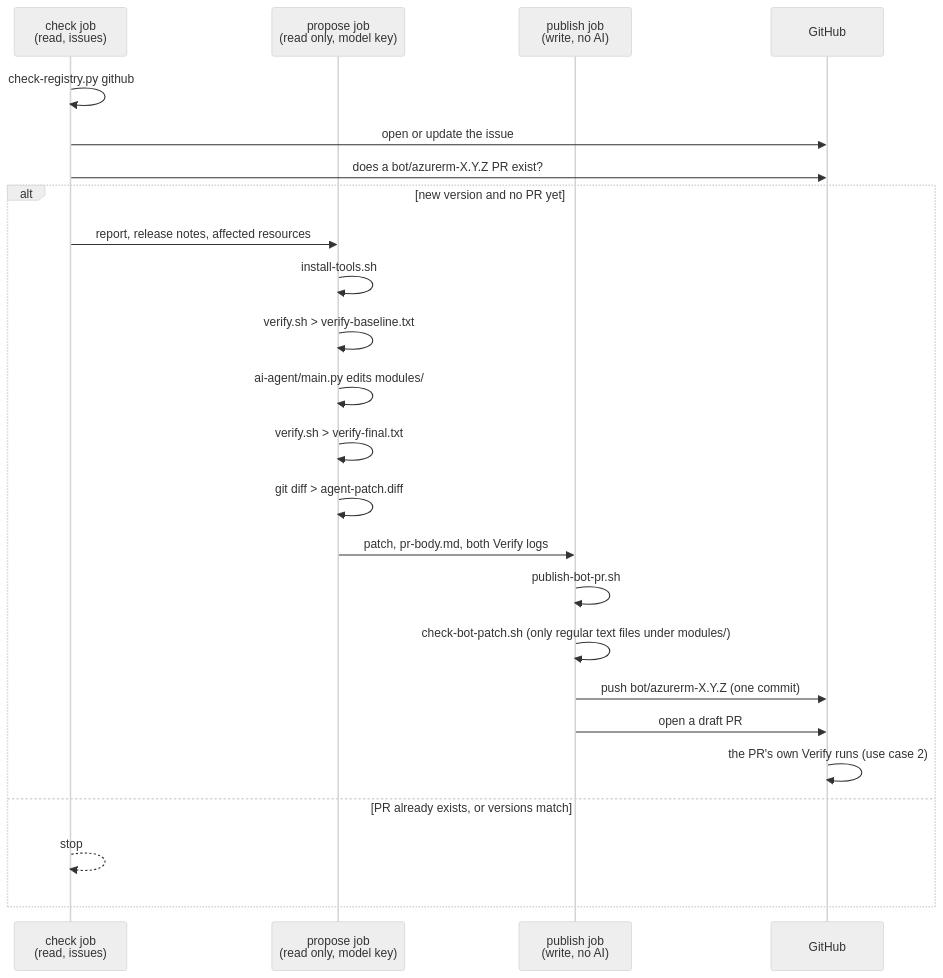
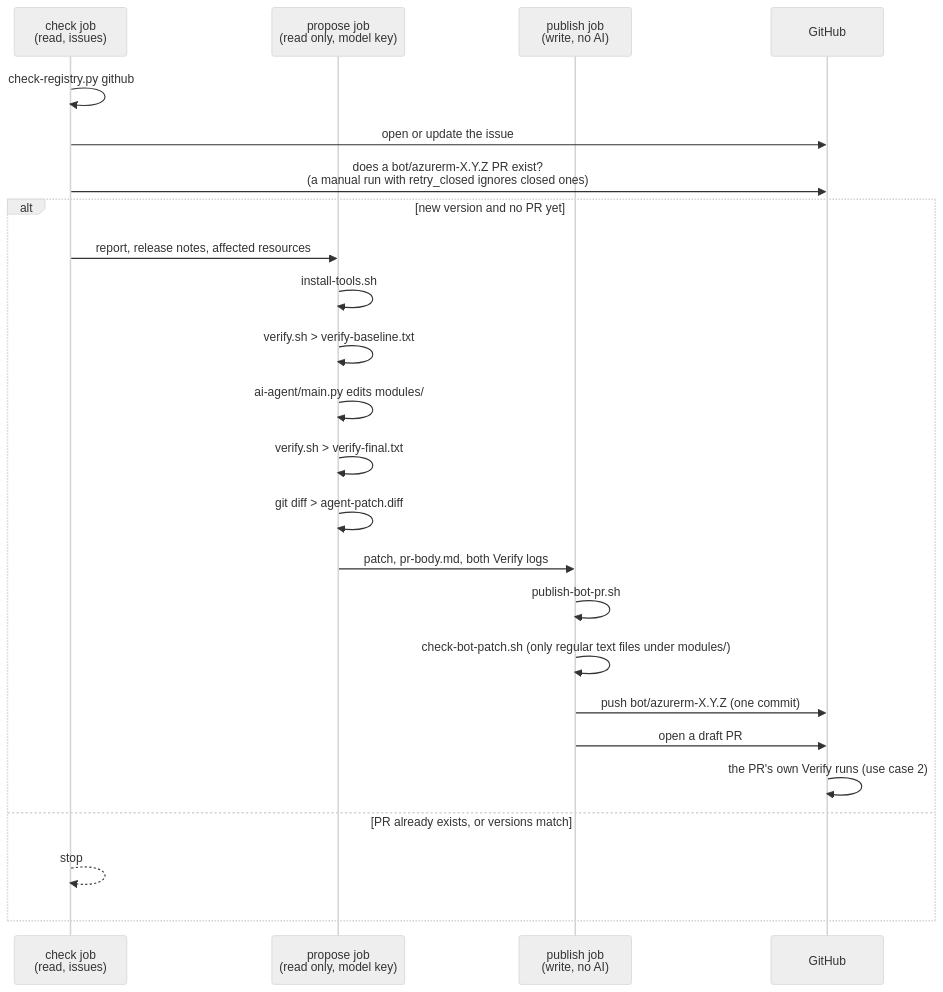
One commit to hamzaelouham/terraform-azurerm-modules changed the eighth of 8 diagrams in docs/scripts.md. Above: the diagram before and after it, drawn with Mermaid (neutral theme). The commit also changed 2 other files, not shown here.

Commit message:
fix: let a manual run retry a closed bot PR
check-registry.yml gets a retry_closed input for workflow_dispatch. When ticked, closed
bot PRs no longer stop the agent; open or merged ones still do. Scheduled runs are unchanged.

````diff
--- a/docs/scripts.md
+++ b/docs/scripts.md
@@ -181,26 +181,26 @@
 ```mermaid
 sequenceDiagram
   participant C as check job<br/>(read, issues)
   participant A as propose job<br/>(read only, model key)
   participant P as publish job<br/>(write, no AI)
   participant GH as GitHub
   C->>C: check-registry.py github
   C->>GH: open or update the issue
-  C->>GH: does a bot/azurerm-X.Y.Z PR exist?
+  C->>GH: does a bot/azurerm-X.Y.Z PR exist?<br/>(a manual run with retry_closed ignores closed ones)
   alt new version and no PR yet
     C->>A: report, release notes, affected resources
     A->>A: install-tools.sh
     A->>A: verify.sh > verify-baseline.txt
     A->>A: ai-agent/main.py edits modules/
     A->>A: verify.sh > verify-final.txt
     A->>A: git diff > agent-patch.diff
     A->>P: patch, pr-body.md, both Verify logs
     P->>P: publish-bot-pr.sh
     P->>P: check-bot-patch.sh (only regular text files under modules/)
     P->>GH: push bot/azurerm-X.Y.Z (one commit)
     P->>GH: open a draft PR
     GH->>GH: the PR's own Verify runs (use case 2)
   else PR already exists, or versions match
     C-->>C: stop
   end
 ```
````
